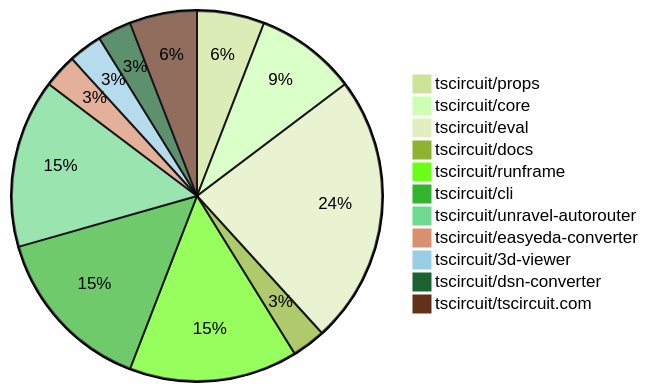
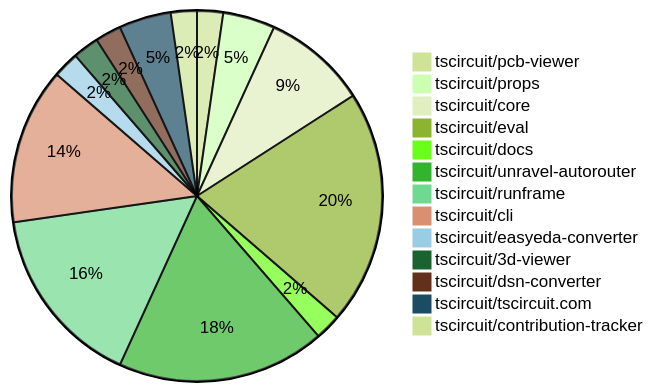
Before and after one commit to tscircuit/contribution-tracker: the diagram in README.md, drawn with Mermaid (forest theme). The commit also changed other lines of this file and 2 other files, not shown here.

Commit message:
Update contribution overviews

````diff
--- a/README.md
+++ b/README.md
@@ -24,14 +24,16 @@
 ```mermaid
 pie
+    "tscircuit/pcb-viewer" : 1
     "tscircuit/props" : 2
-    "tscircuit/core" : 3
-    "tscircuit/eval" : 8
+    "tscircuit/core" : 4
+    "tscircuit/eval" : 9
     "tscircuit/docs" : 1
-    "tscircuit/runframe" : 5
-    "tscircuit/cli" : 5
-    "tscircuit/unravel-autorouter" : 5
+    "tscircuit/unravel-autorouter" : 8
+    "tscircuit/runframe" : 7
+    "tscircuit/cli" : 6
     "tscircuit/easyeda-converter" : 1
     "tscircuit/3d-viewer" : 1
     "tscircuit/dsn-converter" : 1
     "tscircuit/tscircuit.com" : 2
+    "tscircuit/contribution-tracker" : 1
 ```
````
